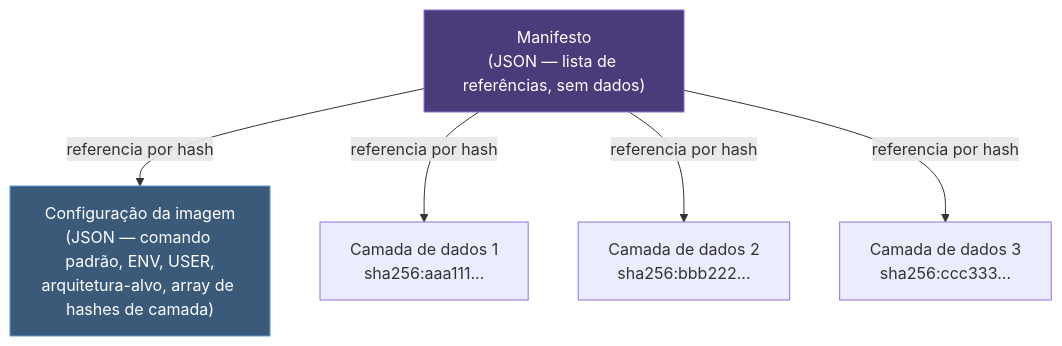
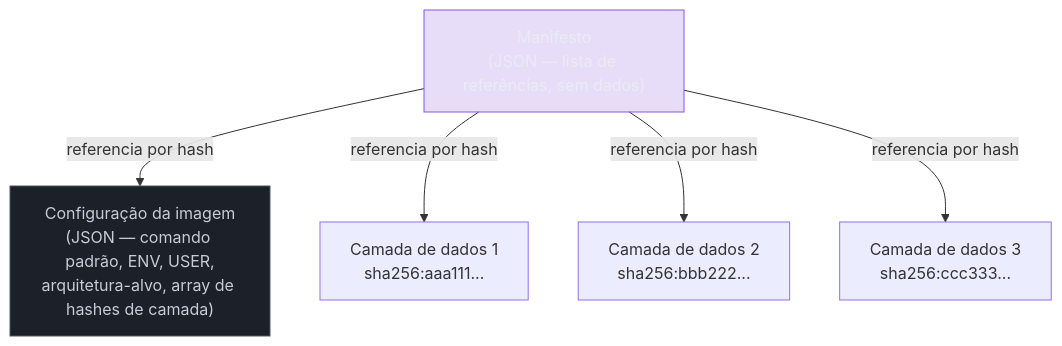
One commit to josenaldo/codex-technomanticus changed the third of 3 diagrams in 03-Dominios/Tecnologia/Infraestrutura/Docker/02 - A anatomia de uma imagem.md. Above: the diagram before and after it, drawn with Mermaid. The commit also changed other lines of this file and 1181 other files, not shown here.

First line of the commit message:
fix(diagramas): paleta do sistema no lugar de cor cravada no markdown

````diff
--- a/03-Dominios/Tecnologia/Infraestrutura/Docker/02 - A anatomia de uma imagem.md
+++ b/03-Dominios/Tecnologia/Infraestrutura/Docker/02 - A anatomia de uma imagem.md
@@ -209,16 +213,18 @@
 ```mermaid
 graph TB
+    classDef marca fill:#8855DF33,stroke:#8855DF,color:#E9ECF2
+    classDef neutro fill:#1B2029,stroke:#4E5666,color:#C6CCD8
     MAN["Manifesto\n(JSON — lista de referências, sem dados)"]
     CFG["Configuração da imagem\n(JSON — comando padrão, ENV, USER,\narquitetura-alvo, array de hashes de camada)"]
     L1["Camada de dados 1\nsha256:aaa111..."]
     L2["Camada de dados 2\nsha256:bbb222..."]
     L3["Camada de dados 3\nsha256:ccc333..."]
 
     MAN -->|"referencia por hash"| CFG
     MAN -->|"referencia por hash"| L1
     MAN -->|"referencia por hash"| L2
     MAN -->|"referencia por hash"| L3
 
-    style MAN fill:#4a3b7a,stroke:#8e6fd6,color:#fff
-    style CFG fill:#3b5a7a,stroke:#5b9bd5,color:#fff
+    class MAN marca
+    class CFG neutro
 ```
````
